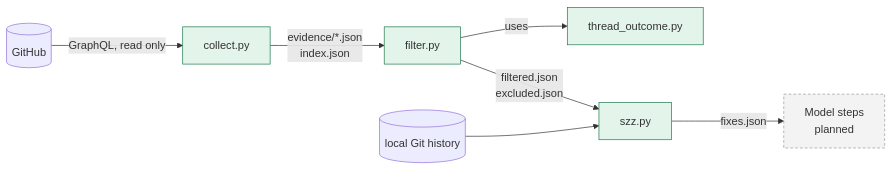
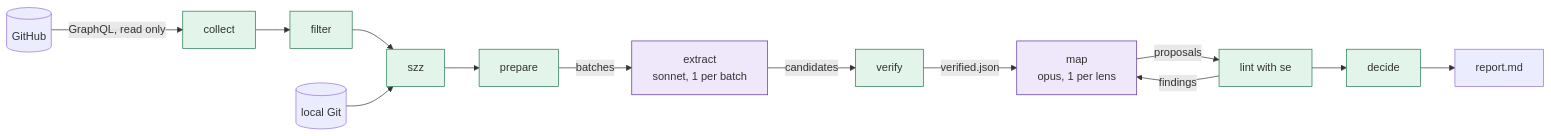
One commit to DataDog/system-tests changed the first of 2 diagrams in docs/ai/review-learning.md. Above: the diagram before and after it, drawn with Mermaid. The commit also changed other lines of this file and 12 other files, not shown here.

First line of the commit message:
Add the model steps and the review-learn skill

````diff
--- a/docs/ai/review-learning.md
+++ b/docs/ai/review-learning.md
@@ -23,14 +27,20 @@
 ```mermaid
 flowchart LR
-    GH[(GitHub)] -->|GraphQL, read only| C[collect.py]
-    C -->|evidence/*.json<br/>index.json| F[filter.py]
-    F -->|uses| T[thread_outcome.py]
-    F -->|filtered.json<br/>excluded.json| S[szz.py]
-    GIT[(local Git history)] --> S
-    S -->|fixes.json| NEXT[Model steps<br/>planned]
+    GH[(GitHub)] -->|GraphQL, read only| C[collect]
+    C --> F[filter]
+    F --> S[szz]
+    GIT[(local Git)] --> S
+    S --> P[prepare]
+    P -->|batches| E[extract<br/>sonnet, 1 per batch]
+    E -->|candidates| V[verify]
+    V -->|verified.json| M[map<br/>opus, 1 per lens]
+    M -->|proposals| L[lint with se]
+    L -->|findings| M
+    L --> D[decide]
+    D --> R[report.md]
 
-    classDef done fill:#e3f4ea,stroke:#1f7a4d
-    classDef planned fill:#f3f3f3,stroke:#999,stroke-dasharray: 4 3
-    class C,F,T,S done
-    class NEXT planned
+    classDef script fill:#e3f4ea,stroke:#1f7a4d
+    classDef model fill:#efe8fa,stroke:#5b2ea0
+    class C,F,S,P,V,L,D script
+    class E,M model
 ```
````
